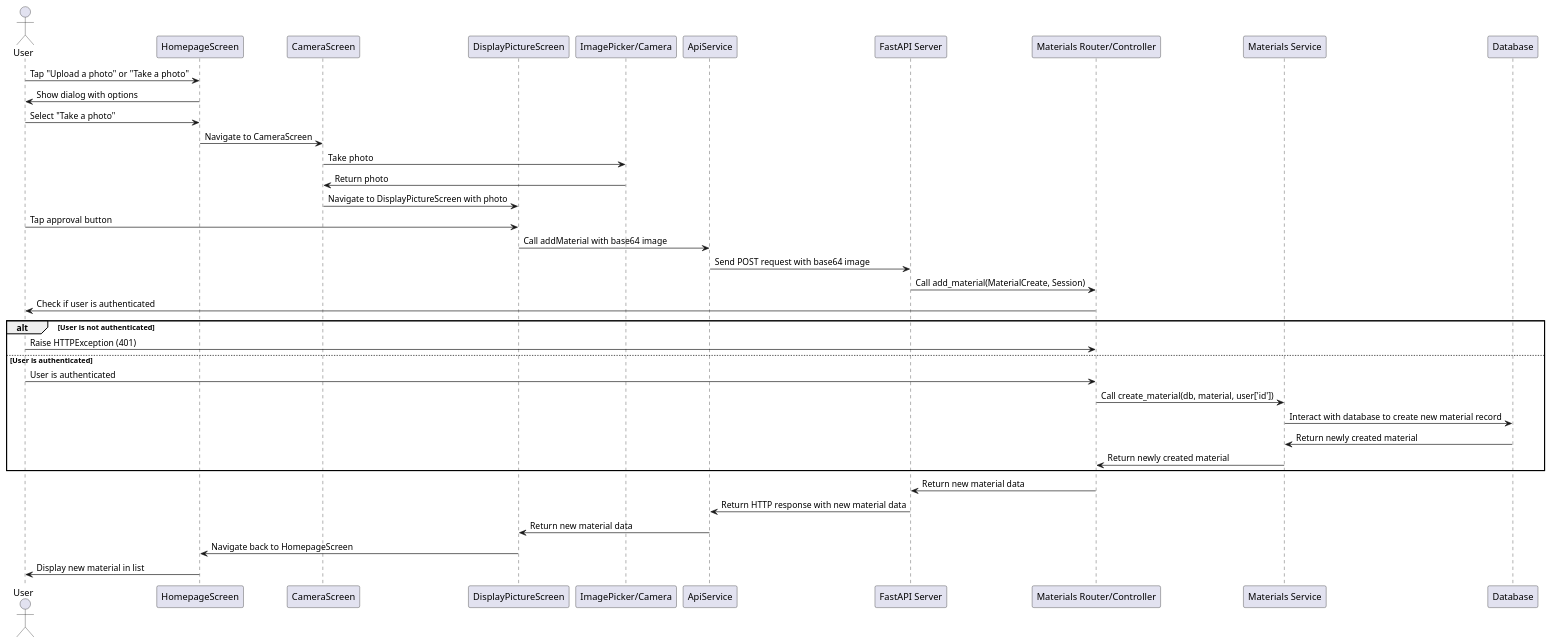
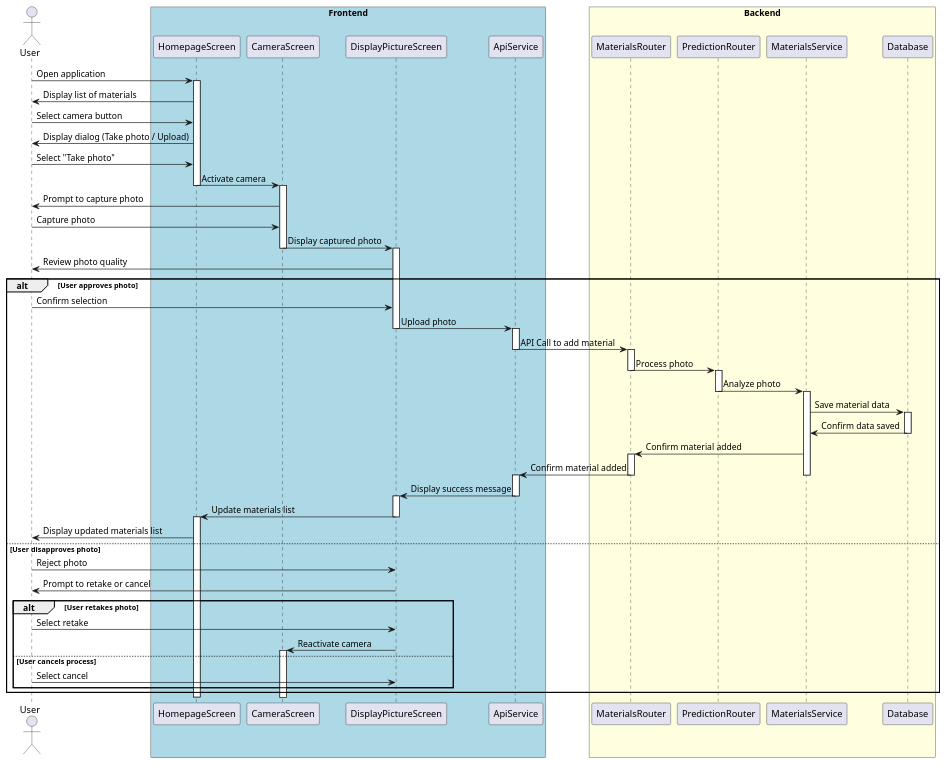
The diagram in backend/fastApiProject/Diagrams/Sequence Diagram - Add Material.puml (LucaciuTabita/Thesis), drawn with PlantUML before and after one commit. The commit also changed 18 other files, not shown here.

Commit message:
Diagrams updated

```diff
--- a/backend/fastApiProject/Diagrams/Sequence Diagram - Add Material.puml
+++ b/backend/fastApiProject/Diagrams/Sequence Diagram - Add Material.puml
@@ -1,41 +1,80 @@
 @startuml
+
 actor User
-participant "HomepageScreen" as Homepage
-participant "CameraScreen" as Camera
-participant "DisplayPictureScreen" as Display
-participant "ImagePicker/Camera" as Picker
-participant ApiService
-participant "FastAPI Server" as Server
-participant "Materials Router/Controller" as addFunc
-participant "Materials Service" as createFunc
-participant Database
 
-User -> Homepage: Tap "Upload a photo" or "Take a photo"
-Homepage -> User: Show dialog with options
-User -> Homepage: Select "Take a photo"
-Homepage -> Camera: Navigate to CameraScreen
-Camera -> Picker: Take photo
-Picker -> Camera: Return photo
-Camera -> Display: Navigate to DisplayPictureScreen with photo
-User -> Display: Tap approval button
-Display -> ApiService: Call addMaterial with base64 image
-ApiService -> Server: Send POST request with base64 image
-Server -> addFunc: Call add_material(MaterialCreate, Session)
+box "Frontend" #LightBlue
+    participant HomepageScreen as HS
+    participant CameraScreen as CS
+    participant DisplayPictureScreen as DPS
+    participant ApiService as AS
+end box
 
-addFunc -> User: Check if user is authenticated
-alt User is not authenticated
-    User -> addFunc: Raise HTTPException (401)
-else User is authenticated
-    User -> addFunc: User is authenticated
-    addFunc -> createFunc: Call create_material(db, material, user['id'])
-    createFunc -> Database: Interact with database to create new material record
-    Database -> createFunc: Return newly created material
-    createFunc -> addFunc: Return newly created material
+box "Backend" #LightYellow
+    participant MaterialsRouter as MR
+    participant PredictionRouter as PR
+    participant MaterialsService as MS
+    participant Database as DB
+end box
+
+User -> HS: Open application
+activate HS
+HS -> User: Display list of materials
+User -> HS: Select camera button
+HS -> User: Display dialog (Take photo / Upload)
+User -> HS: Select "Take photo"
+HS -> CS: Activate camera
+deactivate HS
+activate CS
+CS -> User: Prompt to capture photo
+User -> CS: Capture photo
+CS -> DPS: Display captured photo
+deactivate CS
+activate DPS
+DPS -> User: Review photo quality
+alt User approves photo
+    User -> DPS: Confirm selection
+    DPS -> AS: Upload photo
+    deactivate DPS
+    activate AS
+    AS -> MR: API Call to add material
+    deactivate AS
+    activate MR
+    MR -> PR: Process photo
+    deactivate MR
+    activate PR
+    PR -> MS: Analyze photo
+    deactivate PR
+    activate MS
+    MS -> DB: Save material data
+    activate DB
+    DB -> MS: Confirm data saved
+    deactivate DB
+    MS -> MR: Confirm material added
+    activate MR
+    MR -> AS: Confirm material added
+    deactivate MS
+    deactivate MR
+    activate AS
+    AS -> DPS: Display success message
+    deactivate AS
+    activate DPS
+    DPS -> HS: Update materials list
+    deactivate DPS
+    activate HS
+    HS -> User: Display updated materials list
+else User disapproves photo
+    User -> DPS: Reject photo
+    DPS -> User: Prompt to retake or cancel
+    alt User retakes photo
+        User -> DPS: Select retake
+        DPS -> CS: Reactivate camera
+        deactivate DPS
+        activate CS
+    else User cancels process
+        User -> DPS: Select cancel
+        deactivate DPS
+    end
 end
+deactivate HS
 
-addFunc -> Server: Return new material data
-Server -> ApiService: Return HTTP response with new material data
-ApiService -> Display: Return new material data
-Display -> Homepage: Navigate back to HomepageScreen
-Homepage -> User: Display new material in list
 @enduml
```
